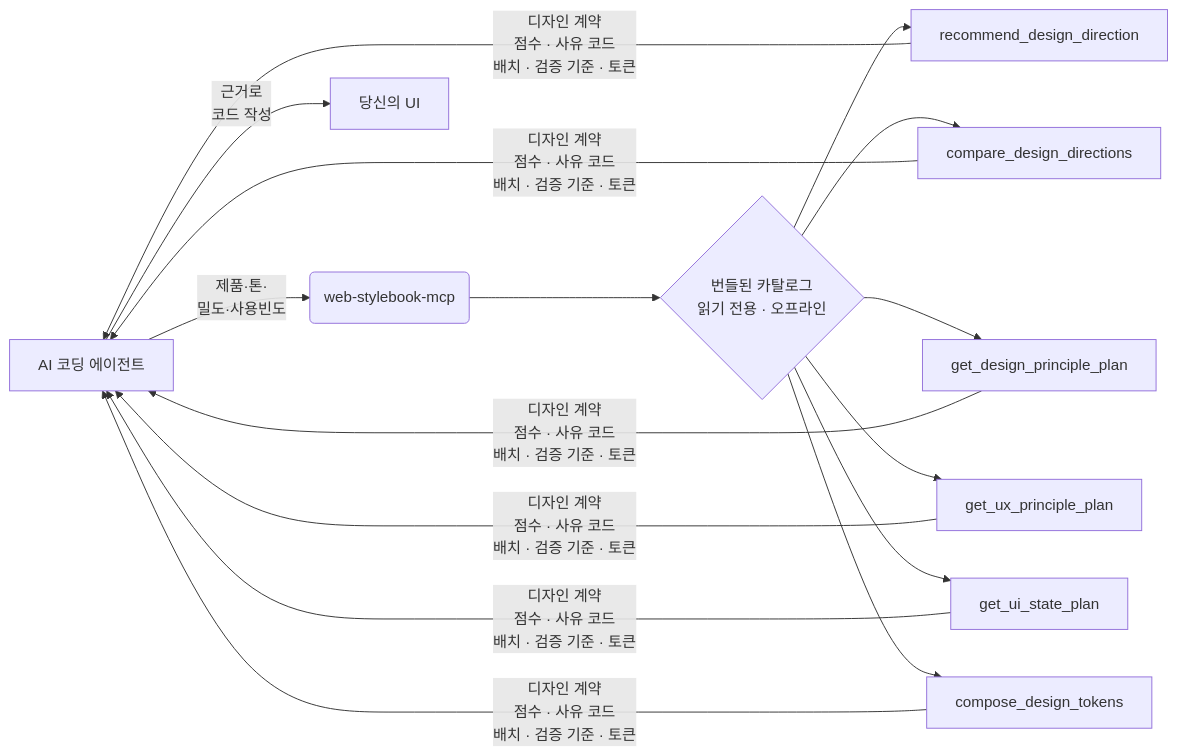
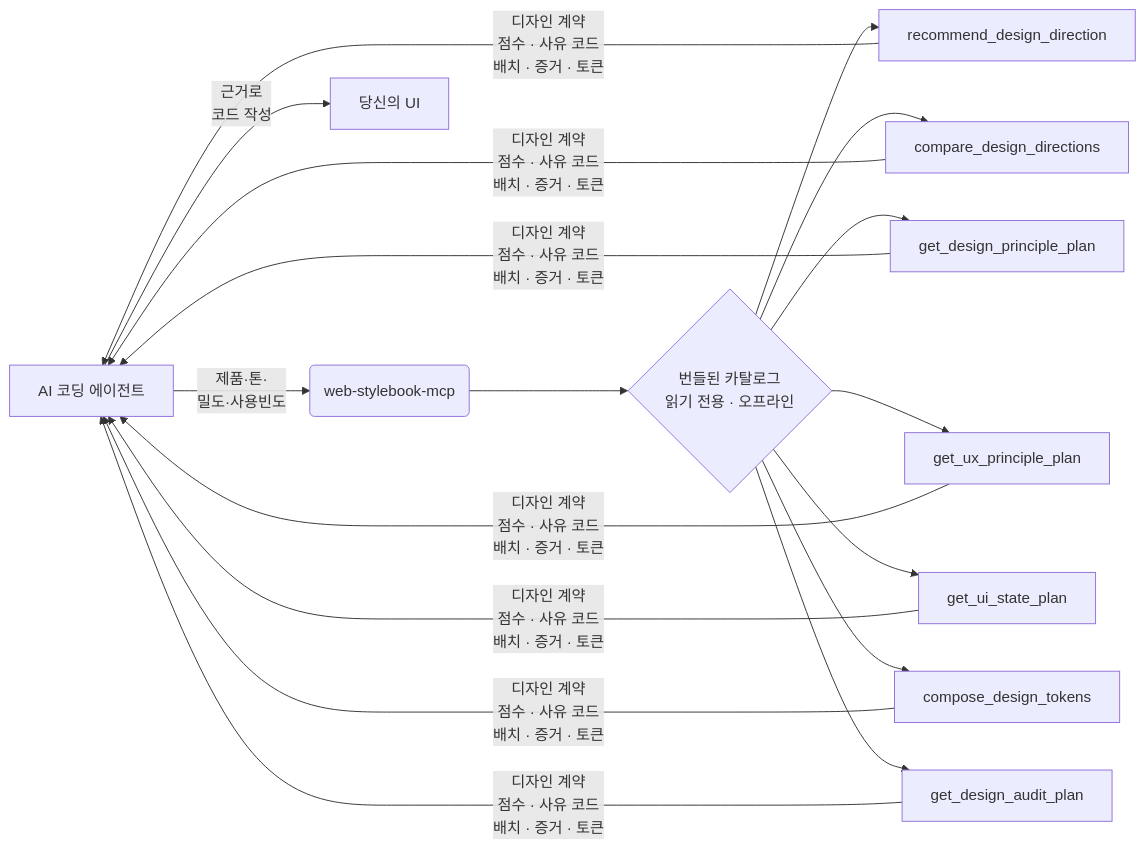
One commit to seungdori/web-stylebook-mcp changed the diagram in README.ko.md. Above: the diagram before and after it, drawn with Mermaid. The commit also changed other lines of this file and 26 other files, not shown here.

Commit message:
feat: add evidence-backed design audit planning

````diff
--- a/README.ko.md
+++ b/README.ko.md
@@ -110,13 +111,14 @@
 ```mermaid
 flowchart LR
     A[AI 코딩 에이전트] -->|제품·톤·<br/>밀도·사용빈도| B(web-stylebook-mcp)
     B --> C{번들된 카탈로그<br/>읽기 전용 · 오프라인}
     C --> D[recommend_design_direction]
     C --> E[compare_design_directions]
     C --> F[get_design_principle_plan]
     C --> G[get_ux_principle_plan]
     C --> H[get_ui_state_plan]
     C --> I[compose_design_tokens]
-    D & E & F & G & H & I -->|디자인 계약<br/>점수 · 사유 코드<br/>배치 · 검증 기준 · 토큰| A
+    C --> J[get_design_audit_plan]
+    D & E & F & G & H & I & J -->|디자인 계약<br/>점수 · 사유 코드<br/>배치 · 증거 · 토큰| A
     A -->|근거로<br/>코드 작성| Z[당신의 UI]
 ```
````
